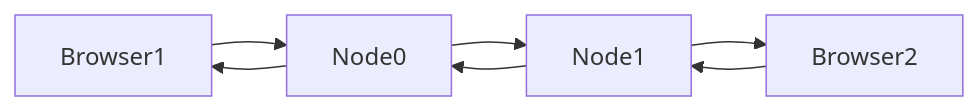
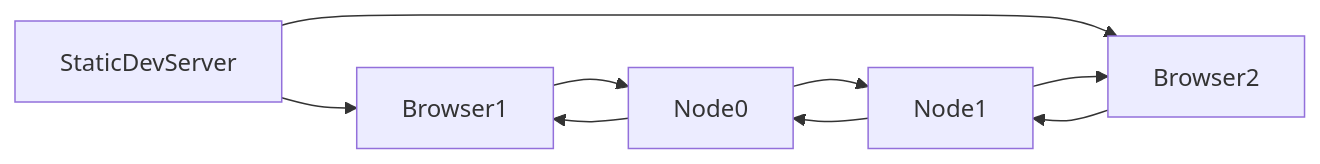
The diagram in README.md (scottburch/pistol-examples), drawn with Mermaid before and after one commit. The commit also changed other lines of this file, not shown here.

````diff
--- a/README.md
+++ b/README.md
@@ -15,7 +15,9 @@
 ```mermaid
 graph LR;
+    StaticDevServer-->Browser1
+    StaticDevServer-->Browser2
     Browser1-->Node0-->Node1-->Browser2;
     Browser2-->Node1-->Node0-->Browser1;
 
     
 ```
````
